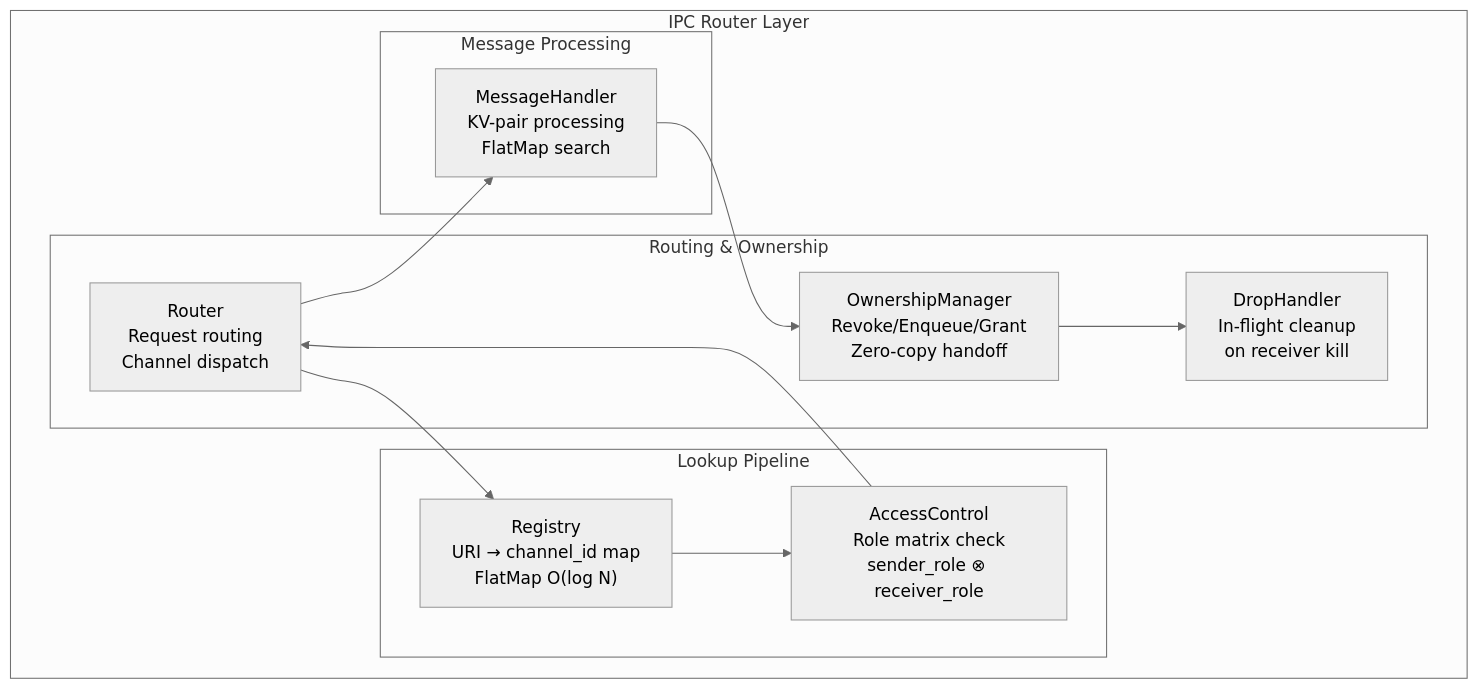
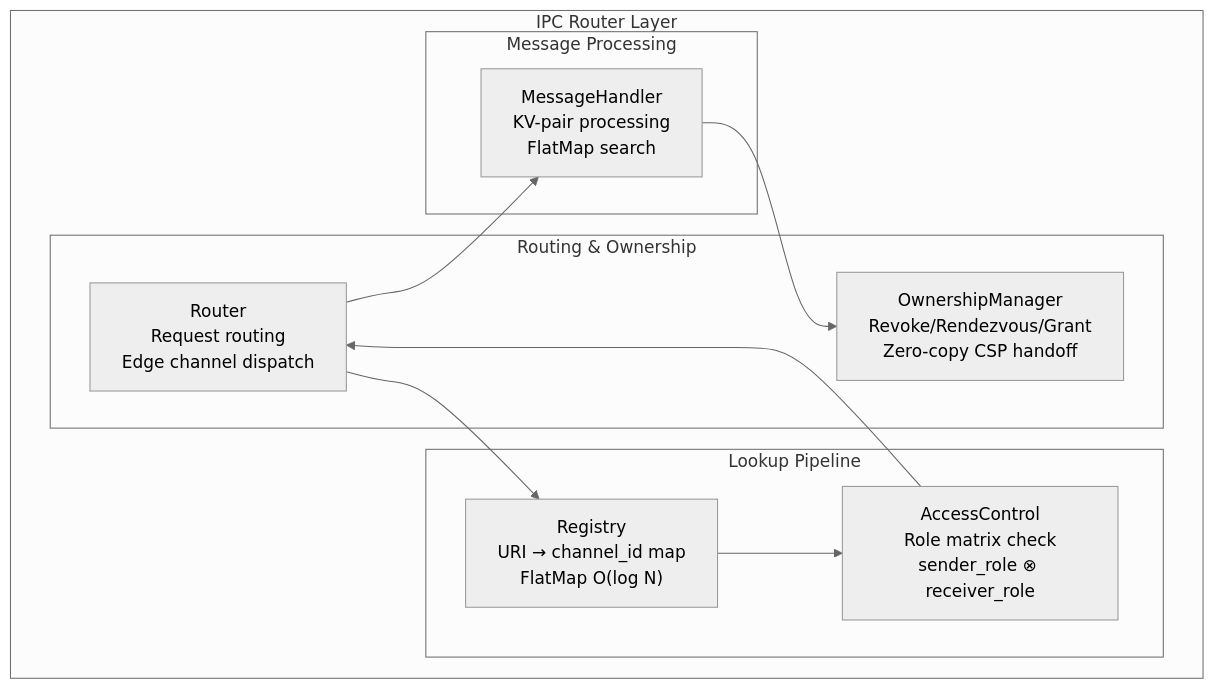
The first of 6 diagrams in docs/components/tier1_interface/ipc_router.md (kmt-t/fireball), drawn with Mermaid (neutral theme) before and after one commit. The commit also changed other lines of this file and 80 other files, not shown here.

````diff
--- a/docs/components/tier1_interface/ipc_router.md
+++ b/docs/components/tier1_interface/ipc_router.md
@@ -26,27 +26,25 @@
 ```mermaid
 %% not-a-topology: Internal component block diagram and lookup pipeline within IPC router subsystem
 graph TB
     subgraph "IPC Router Layer"
         subgraph "Lookup Pipeline"
             Reg["Registry<br/>URI → channel_id map<br/>FlatMap O(log N)"]
             AC["AccessControl<br/>Role matrix check<br/>sender_role ⊗ receiver_role"]
         end
         
         subgraph "Routing & Ownership"
-            R["Router<br/>Request routing<br/>Channel dispatch"]
-            OM["OwnershipManager<br/>Revoke/Enqueue/Grant<br/>Zero-copy handoff"]
-            DH["DropHandler<br/>In-flight cleanup<br/>on receiver kill"]
+            R["Router<br/>Request routing<br/>Edge channel dispatch"]
+            OM["OwnershipManager<br/>Revoke/Rendezvous/Grant<br/>Zero-copy CSP handoff"]
         end
         
         subgraph "Message Processing"
             MH["MessageHandler<br/>KV-pair processing<br/>FlatMap search"]
         end
     end
     
     R --> Reg
     Reg --> AC
     AC --> R
     R --> MH
-    MH --> OM
-    OM --> DH
+MH --> OM
 ```
````
